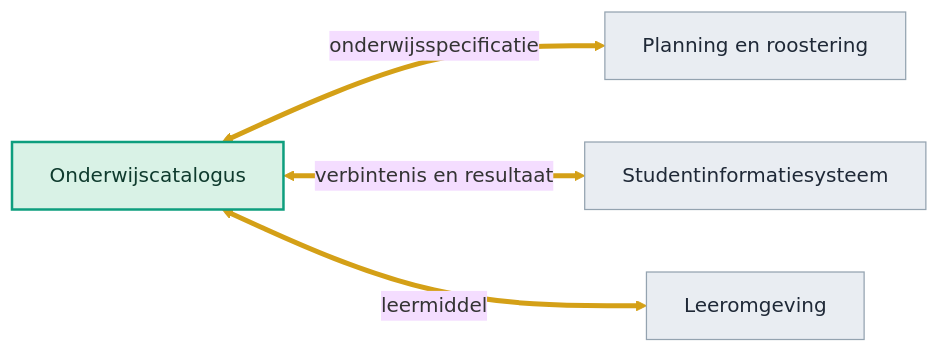
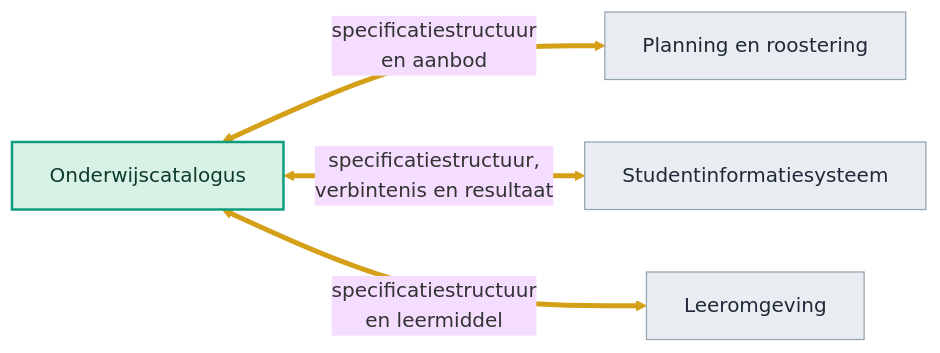
Before and after one commit to Npuls-OKx/meta: the eighth of 8 diagrams in presentaties/src/260904_ai_houdbaarheid.md, drawn with Mermaid (base theme). The commit also changed other lines of this file and 2 other files, not shown here.

First line of the commit message:
Slide 15: orientatiecasus in plaats van inschrijven, en LMS benoemd

````diff
--- a/presentaties/src/260904_ai_houdbaarheid.md
+++ b/presentaties/src/260904_ai_houdbaarheid.md
@@ -641,15 +641,15 @@
 ```mermaid
 flowchart LR
   OC["Onderwijscatalogus"]
   PR["Planning en roostering"]
   SIS["Studentinformatiesysteem"]
   LMS["Leeromgeving"]
-  OC <-->|"onderwijsspecificatie"| PR
-  OC <-->|"verbintenis en resultaat"| SIS
-  OC <-->|"leermiddel"| LMS
+  OC <-->|"specificatiestructuur<br/>en aanbod"| PR
+  OC <-->|"specificatiestructuur,<br/>verbintenis en resultaat"| SIS
+  OC <-->|"specificatiestructuur<br/>en leermiddel"| LMS
   style OC fill:#d9f2e6,stroke:#0E9E7E,stroke-width:2px,color:#0f3b2e
   style PR fill:#e9edf2,stroke:#94a3b0,color:#1f2937
   style SIS fill:#e9edf2,stroke:#94a3b0,color:#1f2937
   style LMS fill:#e9edf2,stroke:#94a3b0,color:#1f2937
   linkStyle 0,1,2 stroke:#D4A017,stroke-width:4px
 ```
````
